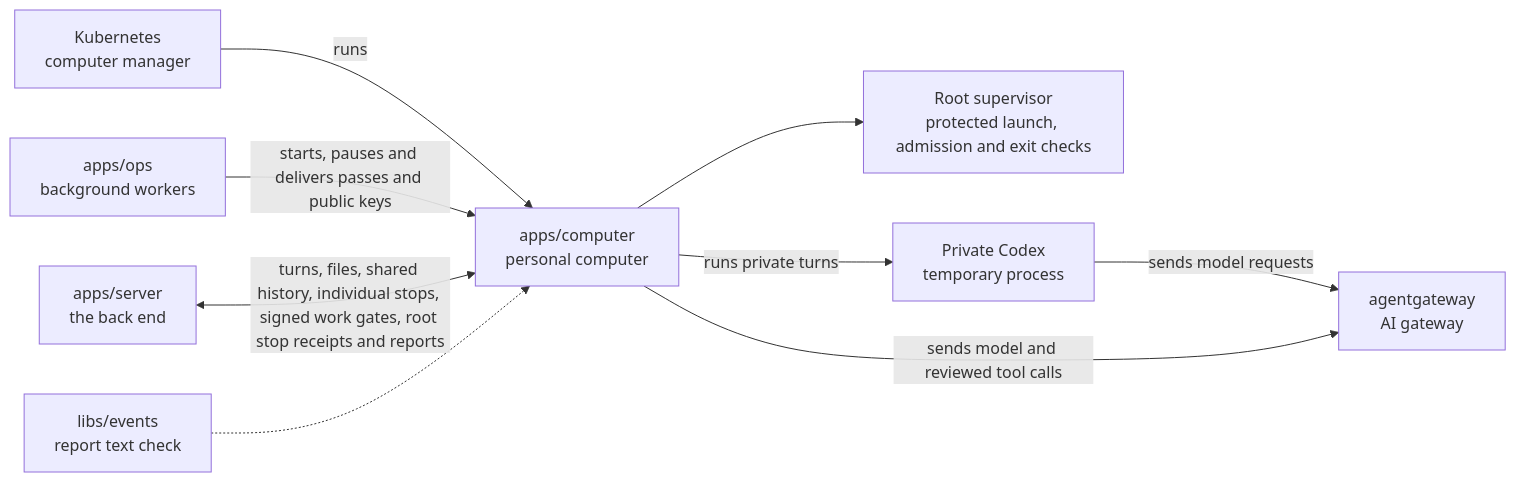
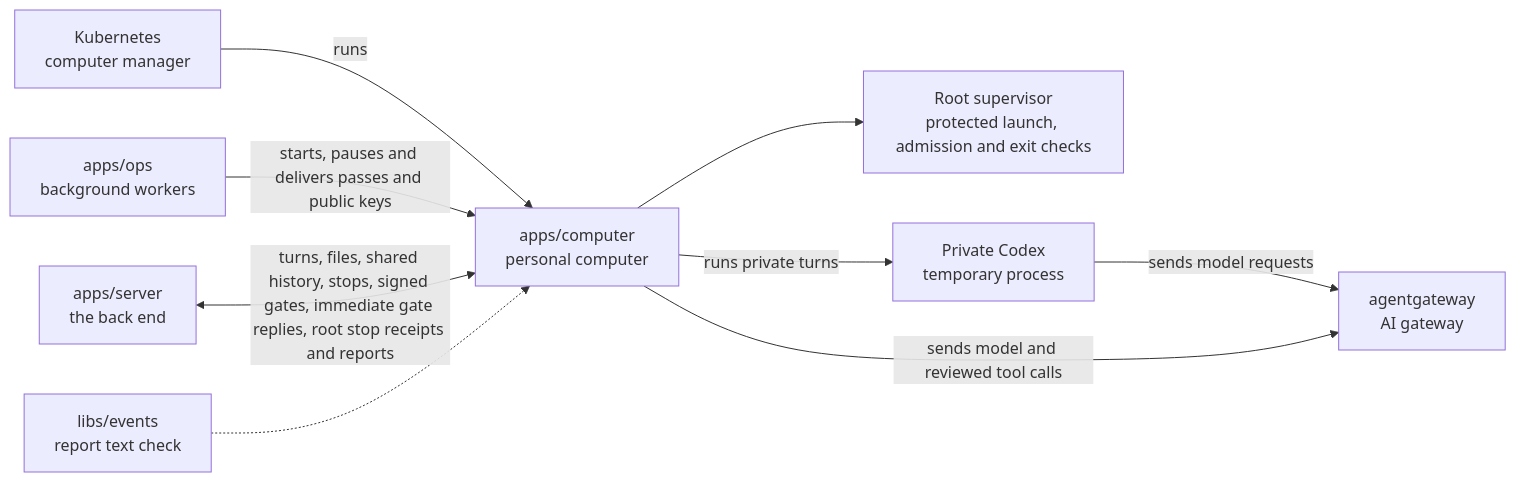
One commit to elewa-git/opencrane-new changed the diagram in apps/computer/README.md. Above: the diagram before and after it, drawn with Mermaid. The commit also changed other lines of this file and 6 other files, not shown here.

Commit message:
🛑 Acknowledge signed gates before report resume on every connection

````diff
--- a/apps/computer/README.md
+++ b/apps/computer/README.md
@@ -22,11 +22,11 @@
 ```mermaid
 flowchart LR
   kube["Kubernetes<br/>computer manager"] -->|runs| computer["apps/computer<br/>personal computer"]
   ops["apps/ops<br/>background workers"] -->|starts, pauses and delivers passes and public keys| computer
-  server["apps/server<br/>the back end"] <-->|turns, files, shared history, individual stops, signed work gates, root stop receipts and reports| computer
+  server["apps/server<br/>the back end"] <-->|turns, files, shared history, stops, signed gates, immediate gate replies, root stop receipts and reports| computer
   events["libs/events<br/>report text check"] -.-> computer
   computer --> supervisor["Root supervisor<br/>protected launch, admission and exit checks"]
   computer -->|runs private turns| private["Private Codex<br/>temporary process"]
   private -->|sends model requests| gateway
   computer -->|sends model and reviewed tool calls| gateway["agentgateway<br/>AI gateway"]
 ```
````
